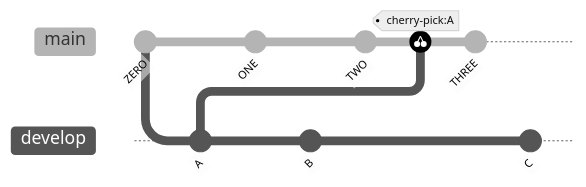
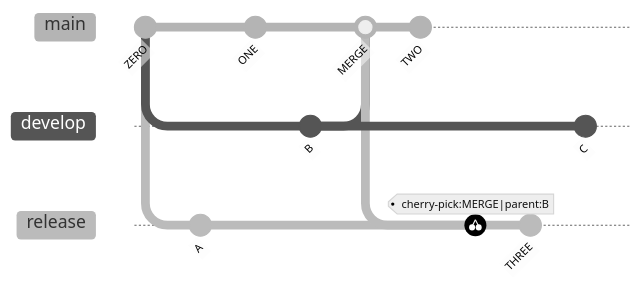
Before and after one commit to mermaid-js/mermaid: the tenth of 32 diagrams in docs/syntax/gitgraph.md, drawn with Mermaid (neutral theme). The commit also changed other lines of this file and 3 other files, not shown here.

````diff
--- a/docs/syntax/gitgraph.md
+++ b/docs/syntax/gitgraph.md
@@ -389,16 +394,19 @@
 ```mermaid
     gitGraph
-       commit id: "ZERO"
-       branch develop
-       commit id:"A"
-       checkout main
-       commit id:"ONE"
-       checkout develop
-       commit id:"B"
-       checkout main
-       commit id:"TWO"
-       cherry-pick id:"A"
-       commit id:"THREE"
-       checkout develop
-       commit id:"C"
+        commit id: "ZERO"
+        branch develop
+        branch release
+        commit id:"A"
+        checkout main
+        commit id:"ONE"
+        checkout develop
+        commit id:"B"
+        checkout main
+        merge develop id:"MERGE"
+        commit id:"TWO"
+        checkout release
+        cherry-pick id:"MERGE" parent:"B"
+        commit id:"THREE"
+        checkout develop
+        commit id:"C"
 ```
````
